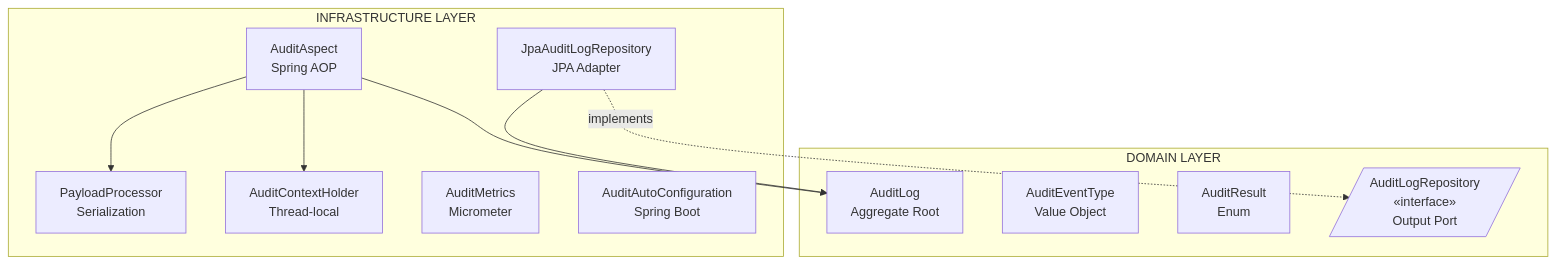
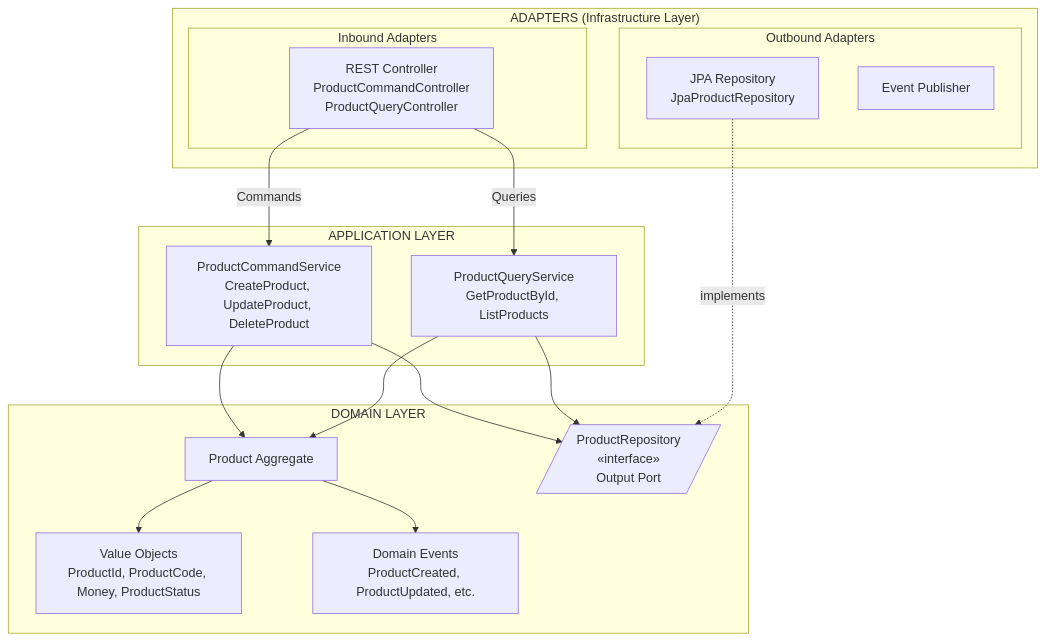
One commit to ChunPingWang/rbac-sso-poc changed the second of 9 diagrams in README.md. Above: the diagram before and after it, drawn with Mermaid. The commit also changed other lines of this file and 15 other files, not shown here.

````diff
--- a/README.md
+++ b/README.md
@@ -90,24 +95,35 @@
 ```mermaid
 flowchart TB
-    subgraph Domain["DOMAIN LAYER"]
-        AL[AuditLog<br/>Aggregate Root]
-        AET[AuditEventType<br/>Value Object]
-        ARR[AuditResult<br/>Enum]
-        ARP[/"AuditLogRepository<br/>«interface»<br/>Output Port"/]
+    subgraph Adapters["ADAPTERS (Infrastructure Layer)"]
+        subgraph Inbound["Inbound Adapters"]
+            REST[REST Controller<br/>ProductCommandController<br/>ProductQueryController]
+        end
+
+        subgraph Outbound["Outbound Adapters"]
+            JPA[JPA Repository<br/>JpaProductRepository]
+            EVENT[Event Publisher]
+        end
     end
 
-    subgraph Infra["INFRASTRUCTURE LAYER"]
-        ASP[AuditAspect<br/>Spring AOP]
-        PP[PayloadProcessor<br/>Serialization]
-        JPA[JpaAuditLogRepository<br/>JPA Adapter]
-        ACH[AuditContextHolder<br/>Thread-local]
-        AM[AuditMetrics<br/>Micrometer]
-        AAC[AuditAutoConfiguration<br/>Spring Boot]
+    subgraph Application["APPLICATION LAYER"]
+        CMD[ProductCommandService<br/>CreateProduct, UpdateProduct, DeleteProduct]
+        QRY[ProductQueryService<br/>GetProductById, ListProducts]
     end
 
-    JPA -.->|implements| ARP
-    ASP --> PP
-    ASP --> ACH
-    ASP --> AL
-    JPA --> AL
+    subgraph Domain["DOMAIN LAYER"]
+        AGG[Product Aggregate]
+        VO[Value Objects<br/>ProductId, ProductCode, Money, ProductStatus]
+        DE[Domain Events<br/>ProductCreated, ProductUpdated, etc.]
+        REPO[/"ProductRepository<br/>«interface»<br/>Output Port"/]
+    end
+
+    REST -->|Commands| CMD
+    REST -->|Queries| QRY
+    CMD --> AGG
+    QRY --> AGG
+    CMD --> REPO
+    QRY --> REPO
+    AGG --> VO
+    AGG --> DE
+    JPA -.->|implements| REPO
 ```
````
